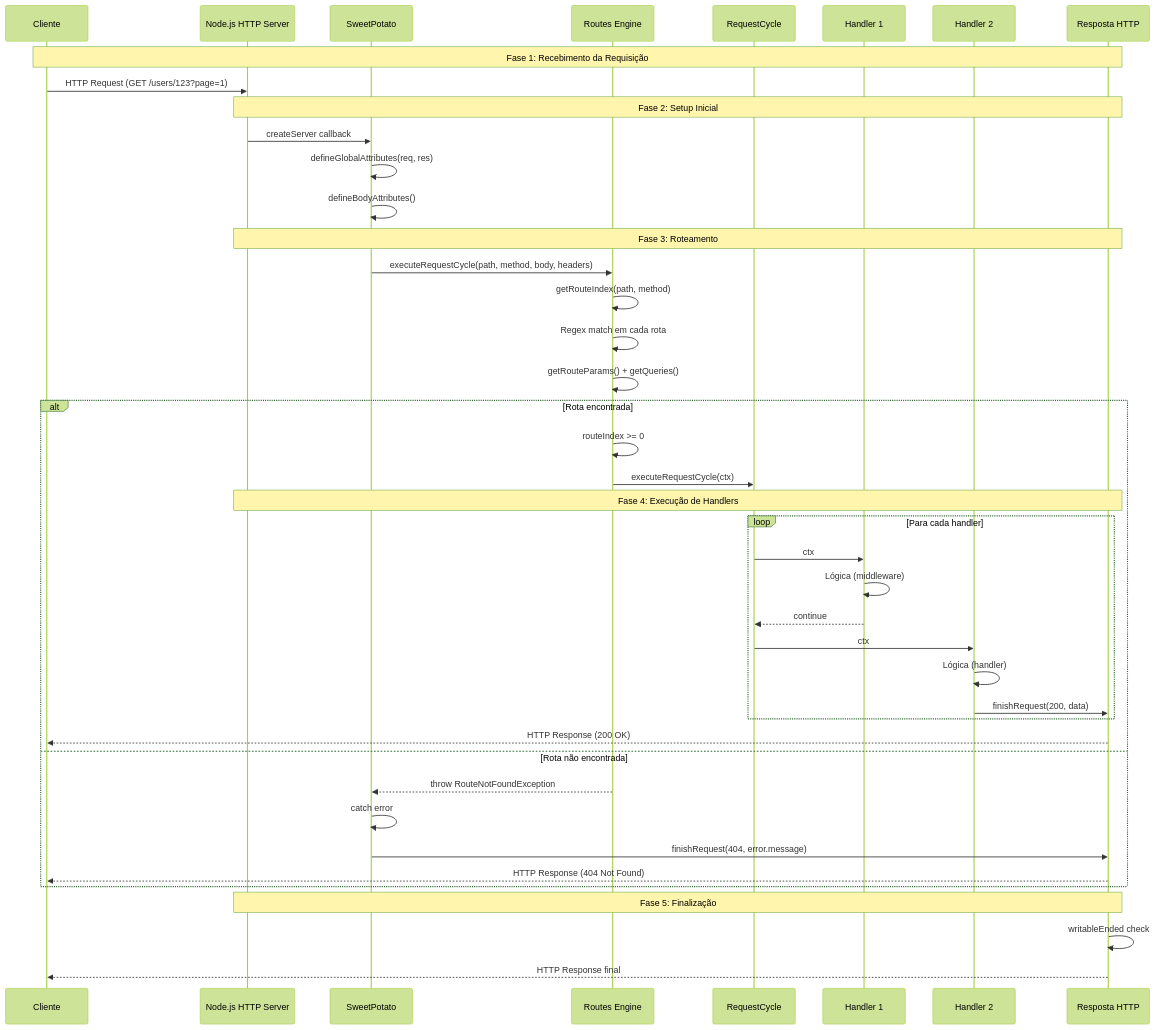
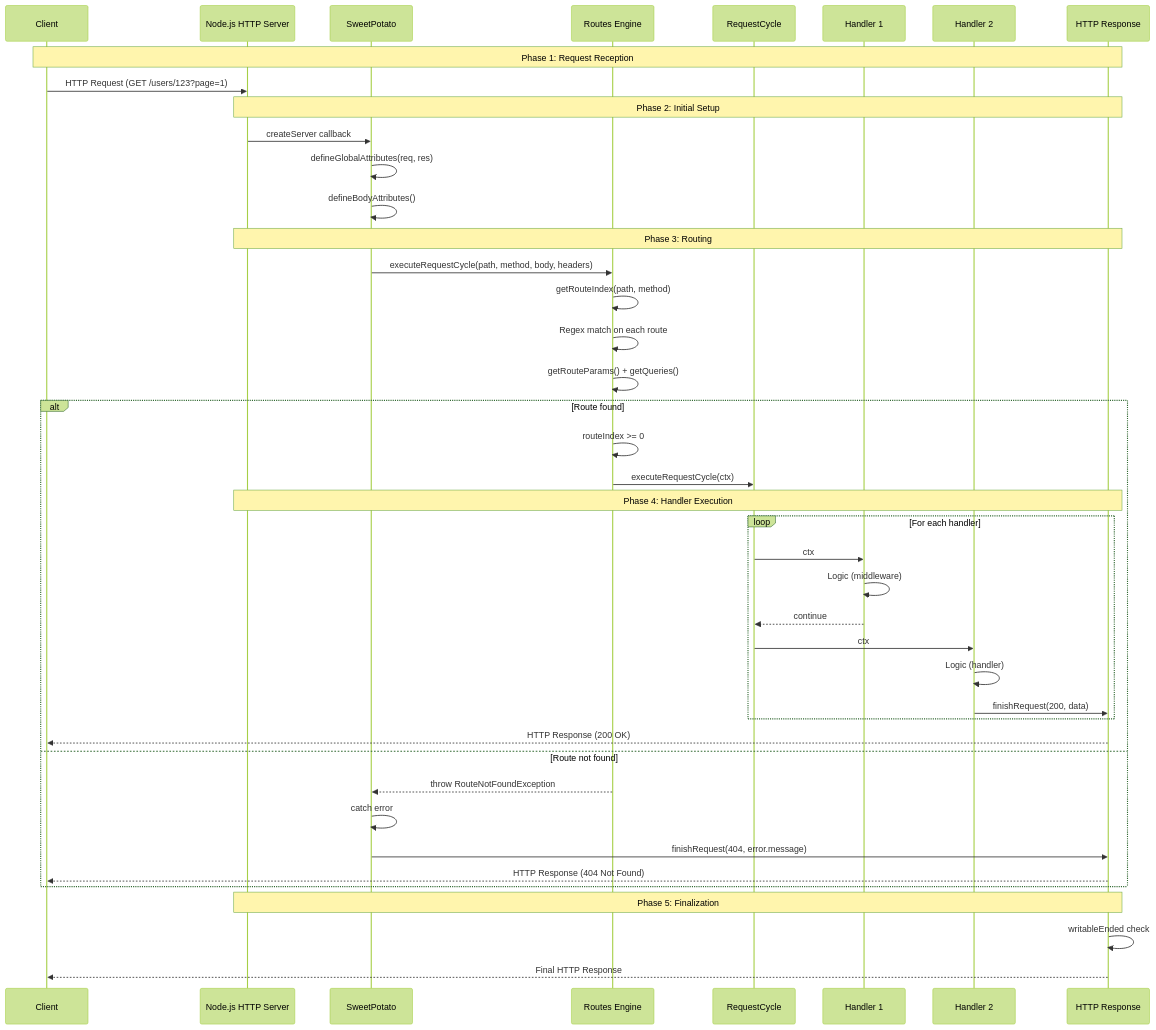
The diagram in docs/15-lifecycle-request.md (NathanGdS/potato-framework), drawn with Mermaid (forest theme) before and after one commit. The commit also changed other lines of this file and 15 other files, not shown here.

````diff
--- a/docs/15-lifecycle-request.md
+++ b/docs/15-lifecycle-request.md
@@ -9,53 +9,53 @@
 ```mermaid
 sequenceDiagram
-    participant Client as Cliente
+    participant Client
     participant Server as Node.js HTTP Server
     participant SP as SweetPotato
     participant Routes as Routes Engine
     participant RC as RequestCycle
     participant Handler1 as Handler 1
     participant Handler2 as Handler 2
-    participant Response as Resposta HTTP
+    participant Response as HTTP Response
 
-    Note over Client,Response: Fase 1: Recebimento da Requisição
+    Note over Client,Response: Phase 1: Request Reception
     Client->>Server: HTTP Request (GET /users/123?page=1)
     
-    Note over Server,Response: Fase 2: Setup Inicial
+    Note over Server,Response: Phase 2: Initial Setup
     Server->>SP: createServer callback
     SP->>SP: defineGlobalAttributes(req, res)
     SP->>SP: defineBodyAttributes()
     
-    Note over Server,Response: Fase 3: Roteamento
+    Note over Server,Response: Phase 3: Routing
     SP->>Routes: executeRequestCycle(path, method, body, headers)
     Routes->>Routes: getRouteIndex(path, method)
-    Routes->>Routes: Regex match em cada rota
+    Routes->>Routes: Regex match on each route
     Routes->>Routes: getRouteParams() + getQueries()
     
-    alt Rota encontrada
+    alt Route found
         Routes->>Routes: routeIndex >= 0
         Routes->>RC: executeRequestCycle(ctx)
         
-        Note over Server,Response: Fase 4: Execução de Handlers
-        loop Para cada handler
+        Note over Server,Response: Phase 4: Handler Execution
+        loop For each handler
             RC->>Handler1: ctx
-            Handler1->>Handler1: Lógica (middleware)
+            Handler1->>Handler1: Logic (middleware)
             Handler1-->>RC: continue
             
             RC->>Handler2: ctx
-            Handler2->>Handler2: Lógica (handler)
+            Handler2->>Handler2: Logic (handler)
             Handler2->>Response: finishRequest(200, data)
         end
         
         Response-->>Client: HTTP Response (200 OK)
         
-    else Rota não encontrada
+    else Route not found
         Routes-->>SP: throw RouteNotFoundException
         SP->>SP: catch error
         SP->>Response: finishRequest(404, error.message)
         Response-->>Client: HTTP Response (404 Not Found)
     end
     
-    Note over Server,Response: Fase 5: Finalização
+    Note over Server,Response: Phase 5: Finalization
     Response->>Response: writableEnded check
-    Response-->>Client: HTTP Response final
+    Response-->>Client: Final HTTP Response
 ```
````
